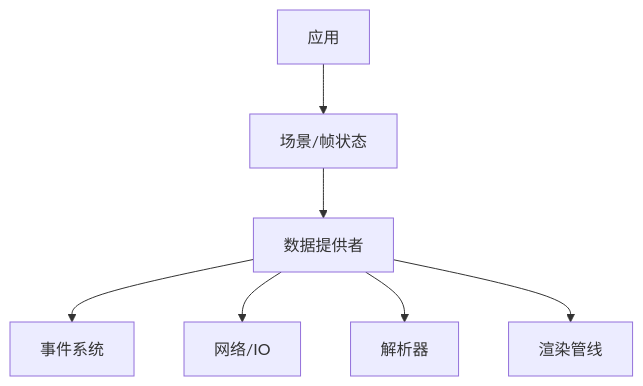
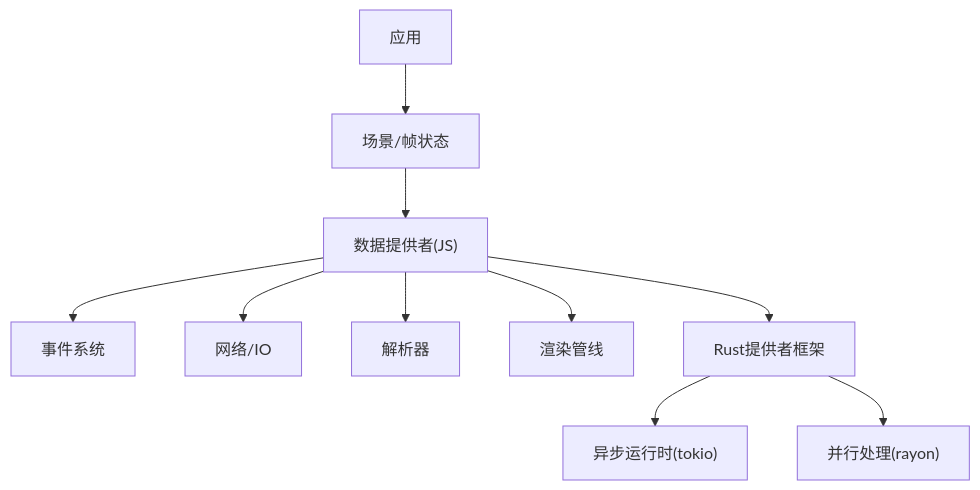
One commit to rzhangjing/cesium changed the sixth of 6 diagrams in .qoder/repowiki/zh/content/数据提供者/数据提供者架构.md. Above: the diagram before and after it, drawn with Mermaid. The commit also changed other lines of this file and 74 other files, not shown here.

````diff
--- a/.qoder/repowiki/zh/content/数据提供者/数据提供者架构.md
+++ b/.qoder/repowiki/zh/content/数据提供者/数据提供者架构.md
@@ -263,9 +335,12 @@
 ```mermaid
 graph TB
-DS["数据提供者"] --> EVT["事件系统"]
+DS["数据提供者(JS)"] --> EVT["事件系统"]
 DS --> NET["网络/IO"]
 DS --> PARSE["解析器"]
 DS --> RENDER["渲染管线"]
+DS --> RUSTProv["Rust提供者框架"]
+RUSTProv --> AsyncRuntime["异步运行时(tokio)"]
+RUSTProv --> Parallel["并行处理(rayon)"]
 SCENE["场景/帧状态"] --> DS
 APP["应用"] --> SCENE
 ```
````
